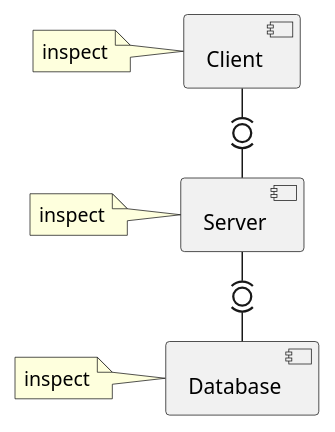
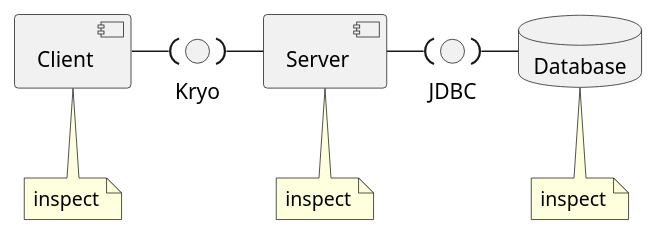
Before and after one commit to UNEsestudio/cosc220-sync-lectures: the tenth of 11 diagrams in classmodelling/program.wsd, drawn with PlantUML. The commit also changed other lines of this file and 12 other files, not shown here.

```diff
--- a/classmodelling/program.wsd
+++ b/classmodelling/program.wsd
@@ -526,11 +535,17 @@
 @startuml debug2
 component Client 
-note left: inspect
+note bottom: inspect
+interface Kryo
+
 component Server
-note left: inspect
-component Database
-note left: inspect
+note bottom: inspect
+interface JDBC
 
-Client -(0)- Server
-Server -(0)- Database
+database Database
+note bottom: inspect
+
+Client -( Kryo
+Kryo )- Server
+Server -( JDBC
+JDBC )- Database
 @enduml
```
